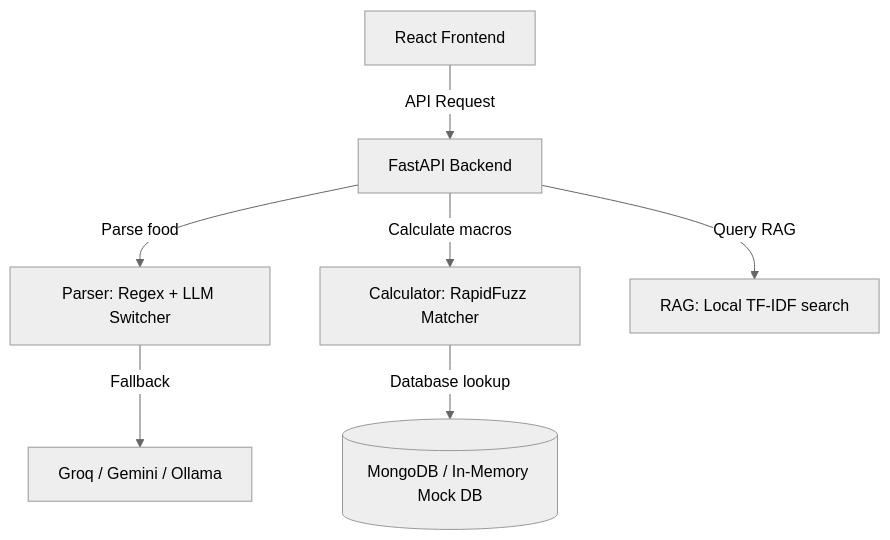
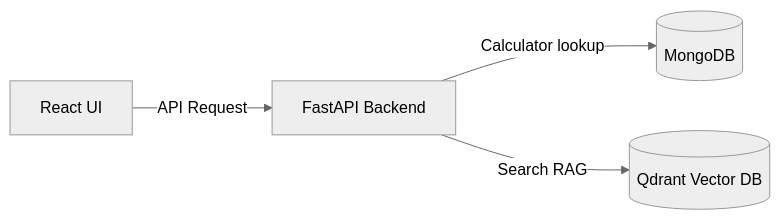
Before and after one commit to Valo-Asura/fit_ai_bot: the diagram in README.md, drawn with Mermaid (neutral theme). The commit also changed other lines of this file and 7 other files, not shown here.

Commit message:
Integrate Qdrant vector database as RAG store and resolve frontend rendering error

````diff
--- a/README.md
+++ b/README.md
@@ -26,9 +25,6 @@
 ```mermaid
-graph TD
-    A[React Frontend] -->|API Request| B[FastAPI Backend]
-    B -->|Parse food| C[Parser: Regex + LLM Switcher]
-    C -->|Fallback| D[Groq / Gemini / Ollama]
-    B -->|Calculate macros| E[Calculator: RapidFuzz Matcher]
-    E -->|Database lookup| F[(MongoDB / In-Memory Mock DB)]
-    B -->|Query RAG| G[RAG: Local TF-IDF search]
+graph LR
+    A[React UI] -->|API Request| B[FastAPI Backend]
+    B -->|Calculator lookup| C[(MongoDB)]
+    B -->|Search RAG| D[(Qdrant Vector DB)]
 ```
````
